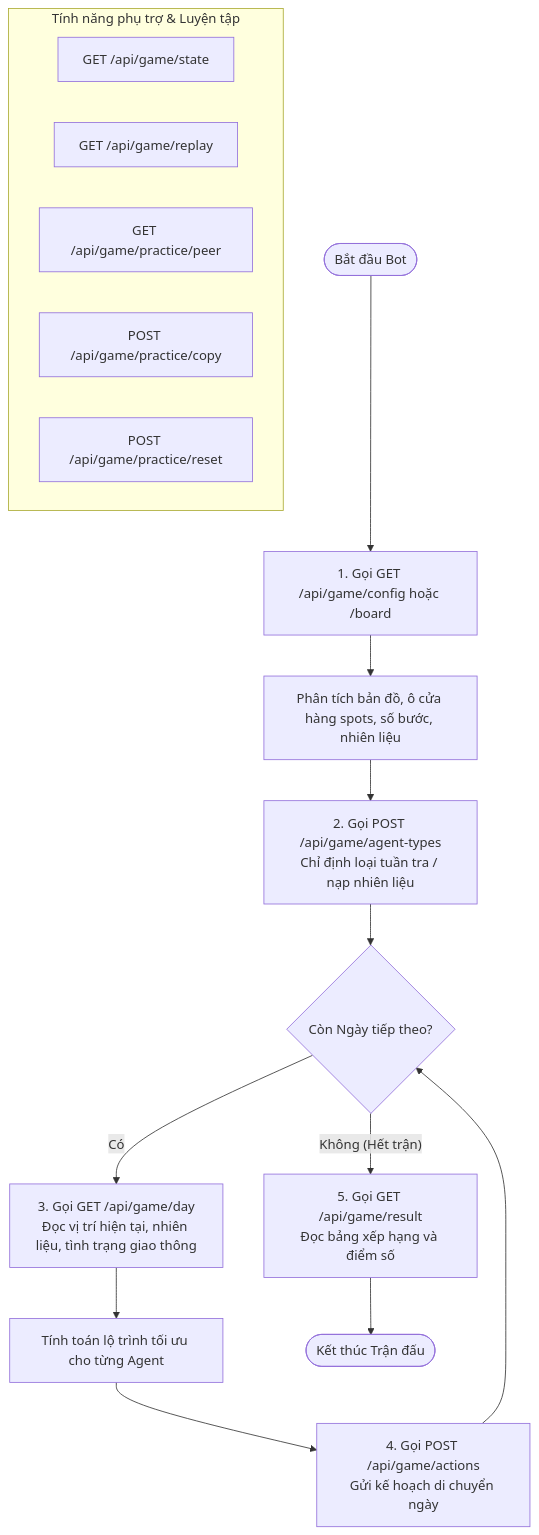
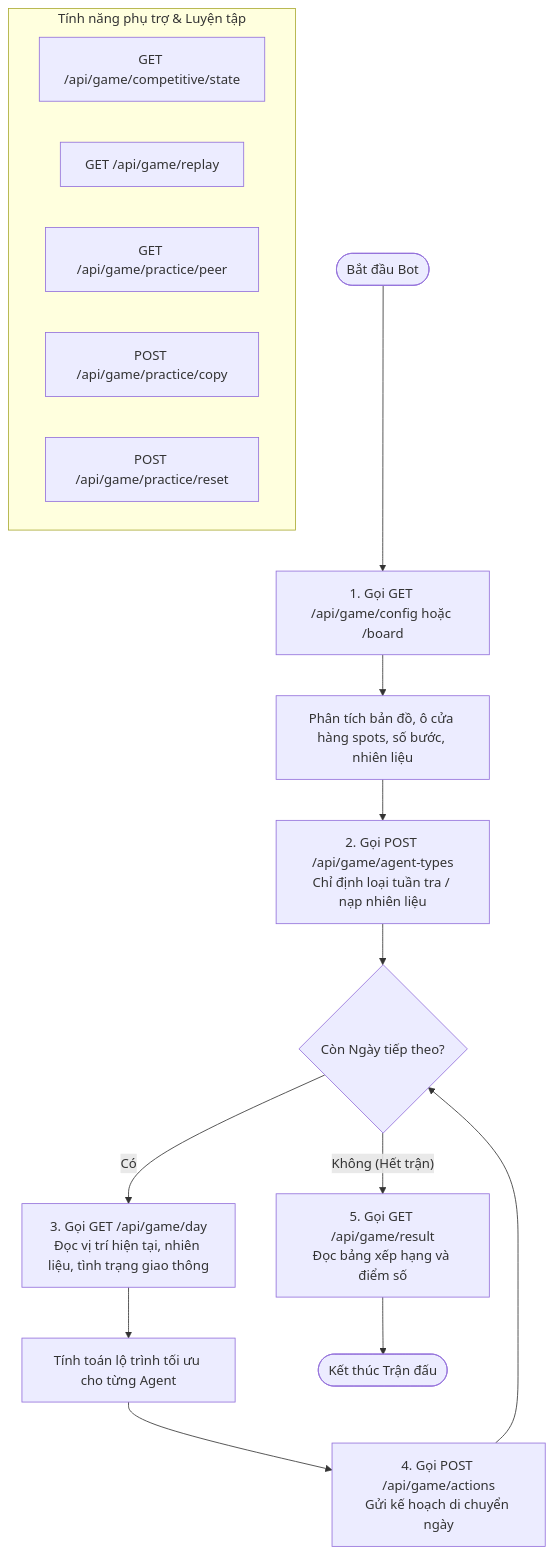
Before and after one commit to thing-or-think/hexudon: the second of 2 diagrams in server/docs/api/diagrams/lifecycle.md, drawn with Mermaid. The commit also changed 11 other files, not shown here.

Commit message:
feat: update game action API and turn processing

````diff
--- a/server/docs/api/diagrams/lifecycle.md
+++ b/server/docs/api/diagrams/lifecycle.md
@@ -57,24 +57,24 @@
 ```mermaid
 flowchart TD
     Start([Bắt đầu Bot]) --> ReadConfig[1. Gọi GET /api/game/config hoặc /board]
     ReadConfig --> ParseConfig[Phân tích bản đồ, ô cửa hàng spots, số bước, nhiên liệu]
     ParseConfig --> SelectAgents[2. Gọi POST /api/game/agent-types<br>Chỉ định loại tuần tra / nạp nhiên liệu]
 
     SelectAgents --> DayLoop{Còn Ngày tiếp theo?}
 
     DayLoop -- Có --> GetDayState[3. Gọi GET /api/game/day<br>Đọc vị trí hiện tại, nhiên liệu, tình trạng giao thông]
     GetDayState --> ComputePath[Tính toán lộ trình tối ưu cho từng Agent]
     ComputePath --> SubmitActions[4. Gọi POST /api/game/actions<br>Gửi kế hoạch di chuyển ngày]
     SubmitActions --> DayLoop
 
     DayLoop -- Không (Hết trận) --> FetchResult[5. Gọi GET /api/game/result<br>Đọc bảng xếp hạng và điểm số]
     FetchResult --> End([Kết thúc Trận đấu])
 
     subgraph ModifyingAndInspection [Tính năng phụ trợ & Luyện tập]
-        FetchState[GET /api/game/state]
+        FetchState[GET /api/game/competitive/state]
         FetchReplay[GET /api/game/replay]
         PracticePeer[GET /api/game/practice/peer]
         PracticeCopy[POST /api/game/practice/copy]
         PracticeReset[POST /api/game/practice/reset]
     end
 ```
````
